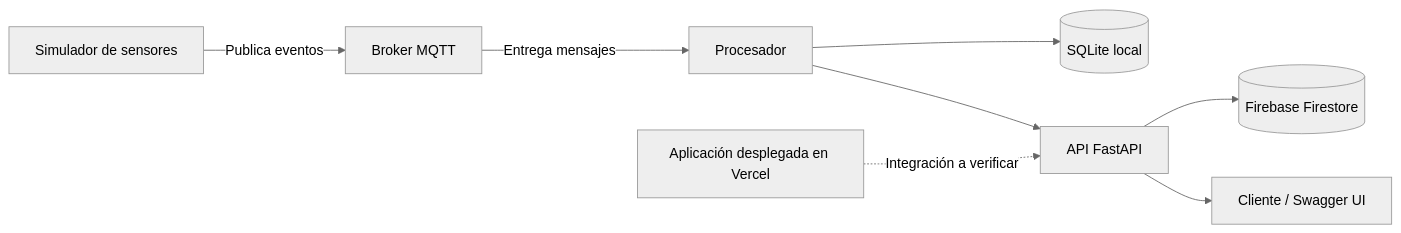
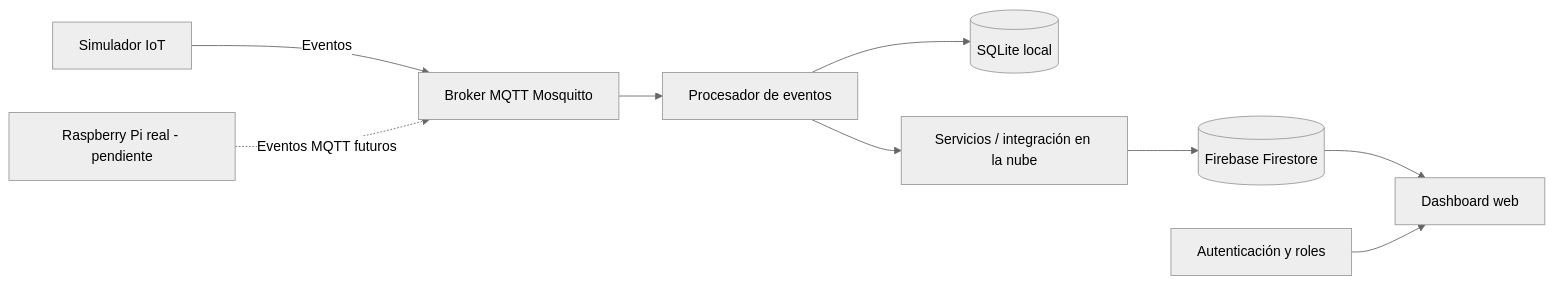
One commit to CTorrejon1995/PTEC104-8571-S1-ESTACIONAMIENTO-INTELIGENTE changed the diagram in README.md. Above: the diagram before and after it, drawn with Mermaid (neutral theme). The commit also changed other lines of this file, not shown here.

````diff
--- a/README.md
+++ b/README.md
@@ -15,10 +24,11 @@
 ```mermaid
 flowchart LR
-    S[Simulador de sensores] -->|Publica eventos| M[Broker MQTT]
-    M -->|Entrega mensajes| P[Procesador]
-    P --> DB[(SQLite local)]
-    P --> A[API FastAPI]
-    A --> F[(Firebase Firestore)]
-    A --> U[Cliente / Swagger UI]
-    V[Aplicación desplegada en Vercel] -.->|Integración a verificar| A
+    S[Simulador IoT] -->|Eventos| M[Broker MQTT Mosquitto]
+    M --> P[Procesador de eventos]
+    P --> L[(SQLite local)]
+    P --> C[Servicios / integración en la nube]
+    C --> F[(Firebase Firestore)]
+    F --> W[Dashboard web]
+    A[Autenticación y roles] --> W
+    R[Raspberry Pi real - pendiente] -.->|Eventos MQTT futuros| M
 ```
````
